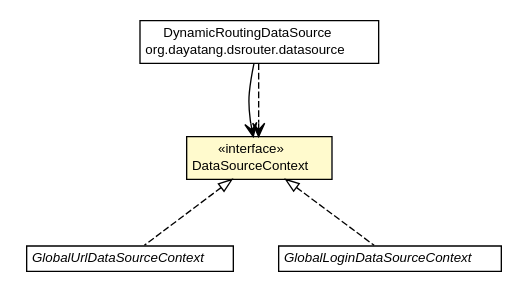
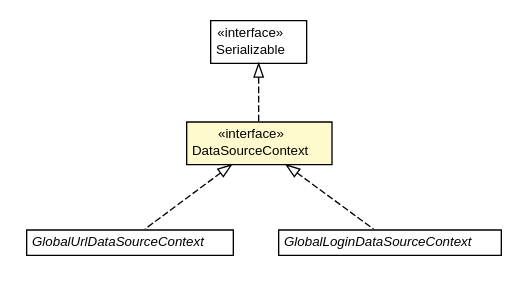
The diagram in dddlib-datasource-router/apidocs/org/dayatang/dsrouter/context/DataSourceContext.dot (dayatang/dddlib), drawn with Graphviz before and after one commit. The commit also changed 269 other files, not shown here.

```diff
--- a/dddlib-datasource-router/apidocs/org/dayatang/dsrouter/context/DataSourceContext.dot
+++ b/dddlib-datasource-router/apidocs/org/dayatang/dsrouter/context/DataSourceContext.dot
@@ -1,46 +1,44 @@
 #!/usr/local/bin/dot
 #
 # Class diagram 
 # Generated by UMLGraph version R5_6_6-8-g8d7759 (http://www.umlgraph.org/)
 #
 
 digraph G {
 	edge [fontname="Helvetica",fontsize=10,labelfontname="Helvetica",labelfontsize=10];
 	node [fontname="Helvetica",fontsize=10,shape=plaintext];
 	nodesep=0.25;
 	ranksep=0.5;
 	// org.dayatang.dsrouter.context.GlobalUrlDataSourceContext
-	c230 [label=<<table title="org.dayatang.dsrouter.context.GlobalUrlDataSourceContext" border="0" cellborder="1" cellspacing="0" cellpadding="2" port="p" href="./GlobalUrlDataSourceContext.html">
+	c222 [label=<<table title="org.dayatang.dsrouter.context.GlobalUrlDataSourceContext" border="0" cellborder="1" cellspacing="0" cellpadding="2" port="p" href="./GlobalUrlDataSourceContext.html">
 		<tr><td><table border="0" cellspacing="0" cellpadding="1">
 <tr><td align="center" balign="center"><font face="Helvetica-Oblique"> GlobalUrlDataSourceContext </font></td></tr>
 		</table></td></tr>
 		</table>>, URL="./GlobalUrlDataSourceContext.html", fontname="Helvetica", fontcolor="black", fontsize=10.0];
 	// org.dayatang.dsrouter.context.GlobalLoginDataSourceContext
-	c231 [label=<<table title="org.dayatang.dsrouter.context.GlobalLoginDataSourceContext" border="0" cellborder="1" cellspacing="0" cellpadding="2" port="p" href="./GlobalLoginDataSourceContext.html">
+	c223 [label=<<table title="org.dayatang.dsrouter.context.GlobalLoginDataSourceContext" border="0" cellborder="1" cellspacing="0" cellpadding="2" port="p" href="./GlobalLoginDataSourceContext.html">
 		<tr><td><table border="0" cellspacing="0" cellpadding="1">
 <tr><td align="center" balign="center"><font face="Helvetica-Oblique"> GlobalLoginDataSourceContext </font></td></tr>
 		</table></td></tr>
 		</table>>, URL="./GlobalLoginDataSourceContext.html", fontname="Helvetica", fontcolor="black", fontsize=10.0];
 	// org.dayatang.dsrouter.context.DataSourceContext
-	c232 [label=<<table title="org.dayatang.dsrouter.context.DataSourceContext" border="0" cellborder="1" cellspacing="0" cellpadding="2" port="p" bgcolor="lemonChiffon" href="./DataSourceContext.html">
+	c224 [label=<<table title="org.dayatang.dsrouter.context.DataSourceContext" border="0" cellborder="1" cellspacing="0" cellpadding="2" port="p" bgcolor="lemonChiffon" href="./DataSourceContext.html">
 		<tr><td><table border="0" cellspacing="0" cellpadding="1">
 <tr><td align="center" balign="center"> &#171;interface&#187; </td></tr>
 <tr><td align="center" balign="center"> DataSourceContext </td></tr>
 		</table></td></tr>
 		</table>>, URL="./DataSourceContext.html", fontname="Helvetica", fontcolor="black", fontsize=10.0];
-	// org.dayatang.dsrouter.datasource.DynamicRoutingDataSource
-	c236 [label=<<table title="org.dayatang.dsrouter.datasource.DynamicRoutingDataSource" border="0" cellborder="1" cellspacing="0" cellpadding="2" port="p" href="../datasource/DynamicRoutingDataSource.html">
+	//org.dayatang.dsrouter.context.GlobalUrlDataSourceContext implements org.dayatang.dsrouter.context.DataSourceContext
+	c224:p -> c222:p [dir=back,arrowtail=empty,style=dashed];
+	//org.dayatang.dsrouter.context.GlobalLoginDataSourceContext implements org.dayatang.dsrouter.context.DataSourceContext
+	c224:p -> c223:p [dir=back,arrowtail=empty,style=dashed];
+	//org.dayatang.dsrouter.context.DataSourceContext implements java.io.Serializable
+	c233:p -> c224:p [dir=back,arrowtail=empty,style=dashed];
+	// java.io.Serializable
+	c233 [label=<<table title="java.io.Serializable" border="0" cellborder="1" cellspacing="0" cellpadding="2" port="p" href="http://download.oracle.com/javase/7/docs/api/java/io/Serializable.html">
 		<tr><td><table border="0" cellspacing="0" cellpadding="1">
-<tr><td align="center" balign="center"> DynamicRoutingDataSource </td></tr>
-<tr><td align="center" balign="center"> org.dayatang.dsrouter.datasource </td></tr>
+<tr><td align="center" balign="center"> &#171;interface&#187; </td></tr>
+<tr><td align="center" balign="center"> Serializable </td></tr>
 		</table></td></tr>
-		</table>>, URL="../datasource/DynamicRoutingDataSource.html", fontname="Helvetica", fontcolor="black", fontsize=10.0];
-	//org.dayatang.dsrouter.context.GlobalUrlDataSourceContext implements org.dayatang.dsrouter.context.DataSourceContext
-	c232:p -> c230:p [dir=back,arrowtail=empty,style=dashed];
-	//org.dayatang.dsrouter.context.GlobalLoginDataSourceContext implements org.dayatang.dsrouter.context.DataSourceContext
-	c232:p -> c231:p [dir=back,arrowtail=empty,style=dashed];
-	// org.dayatang.dsrouter.datasource.DynamicRoutingDataSource NAVASSOC org.dayatang.dsrouter.context.DataSourceContext
-	c236:p -> c232:p [taillabel="", label=" "headlabel="", fontname="Helvetica", fontcolor="black", fontsize=10.0, color="black", arrowhead=open];
-	// org.dayatang.dsrouter.datasource.DynamicRoutingDataSource DEPEND org.dayatang.dsrouter.context.DataSourceContext
-	c236:p -> c232:p [taillabel="", label=" "headlabel="", fontname="Helvetica", fontcolor="black", fontsize=10.0, color="black", arrowhead=open, style=dashed];
+		</table>>, URL="http://download.oracle.com/javase/7/docs/api/java/io/Serializable.html", fontname="Helvetica", fontcolor="black", fontsize=10.0];
 }
```
